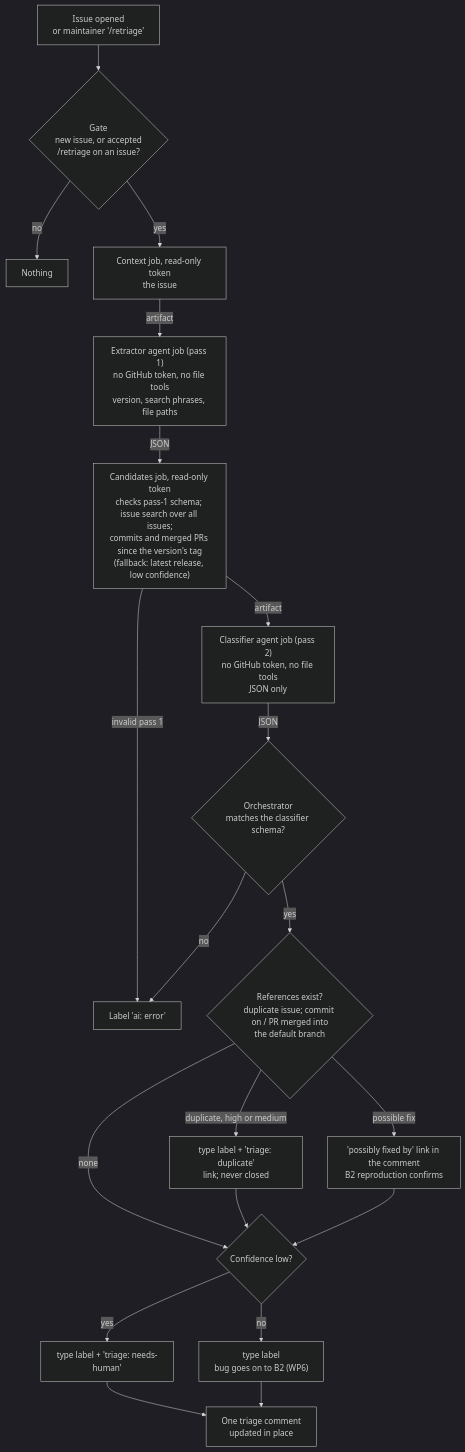
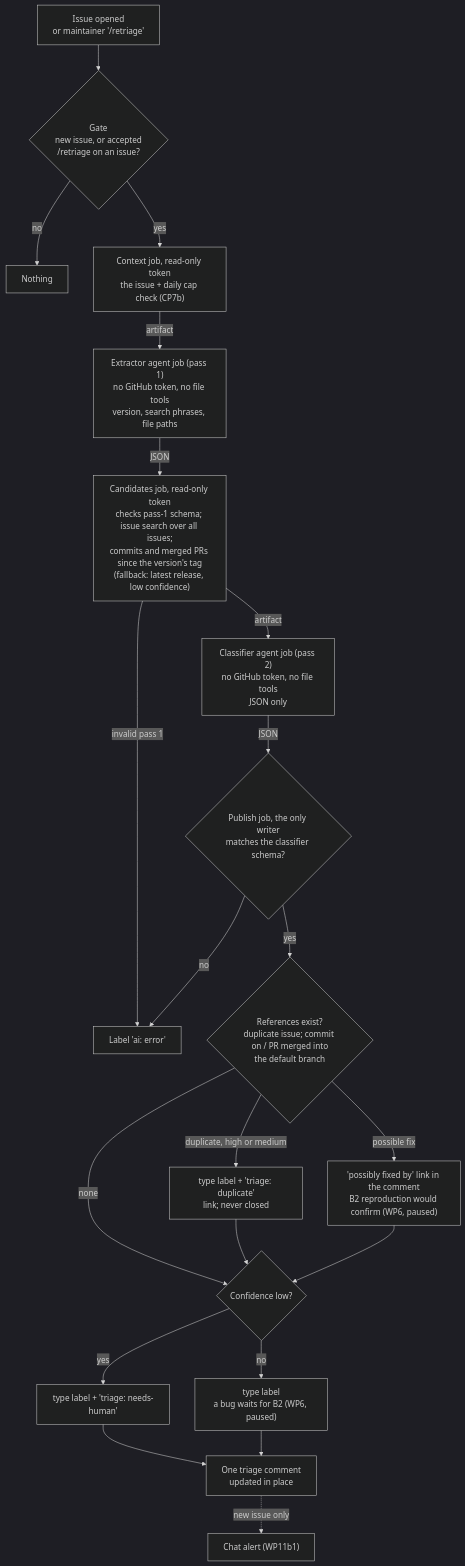
Before and after one commit to esciara/ai-workflows: the seventh of 14 diagrams in docs/diagrams.md, drawn with Mermaid (dark theme). The commit also changed other lines of this file and 1 other file, not shown here.

First line of the commit message:
docs(diagrams): full hand-maintained refresh (2026-11-14)

````diff
--- a/docs/diagrams.md
+++ b/docs/diagrams.md
@@ -209,20 +290,21 @@
 ```mermaid
 flowchart TD
   O["Issue opened<br/>or maintainer '/retriage'"] --> G{"Gate<br/>new issue, or accepted<br/>/retriage on an issue?"}
   G -- no --> X["Nothing"]
-  G -- yes --> C["Context job, read-only token<br/>the issue"]
+  G -- yes --> C["Context job, read-only token<br/>the issue + daily cap check (CP7b)"]
   C -- artifact --> P1["Extractor agent job (pass 1)<br/>no GitHub token, no file tools<br/>version, search phrases, file paths"]
   P1 -- JSON --> K["Candidates job, read-only token<br/>checks pass-1 schema; issue search over all issues;<br/>commits and merged PRs since the version's tag<br/>(fallback: latest release, low confidence)"]
   K -- artifact --> A["Classifier agent job (pass 2)<br/>no GitHub token, no file tools<br/>JSON only"]
   K -- invalid pass 1 --> E
-  A -- JSON --> V{"Orchestrator<br/>matches the classifier schema?"}
+  A -- JSON --> V{"Publish job, the only writer<br/>matches the classifier schema?"}
   V -- no --> E["Label 'ai: error'"]
   V -- yes --> R{"References exist?<br/>duplicate issue; commit on / PR merged into<br/>the default branch"}
   R -- duplicate, high or medium --> D["type label + 'triage: duplicate'<br/>link; never closed"]
-  R -- possible fix --> F["'possibly fixed by' link in the comment<br/>B2 reproduction confirms"]
+  R -- possible fix --> F["'possibly fixed by' link in the comment<br/>B2 reproduction would confirm (WP6, paused)"]
   R -- none --> L{"Confidence low?"}
   D & F --> L
   L -- yes --> H["type label + 'triage: needs-human'"]
-  L -- no --> T["type label<br/>bug goes on to B2 (WP6)"]
+  L -- no --> T["type label<br/>a bug waits for B2 (WP6, paused)"]
   H & T --> S["One triage comment<br/>updated in place"]
+  S -. new issue only .-> AL["Chat alert (WP11b1)"]
 ```
````
